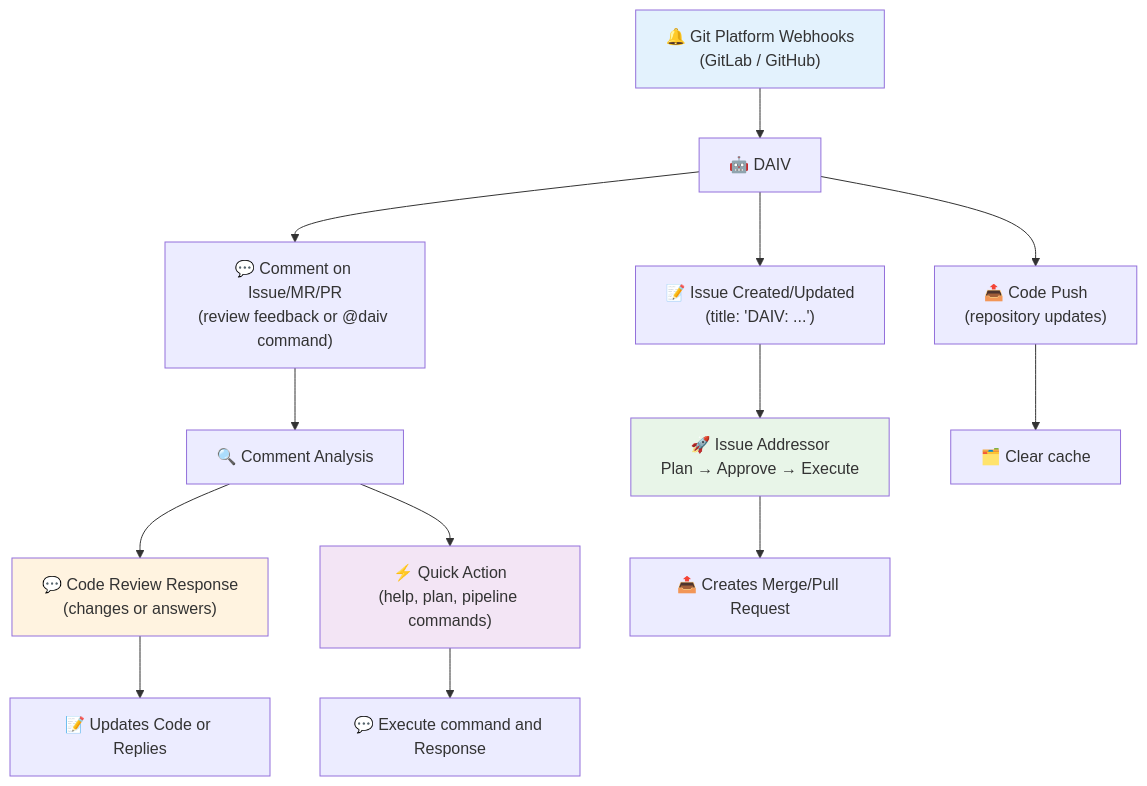
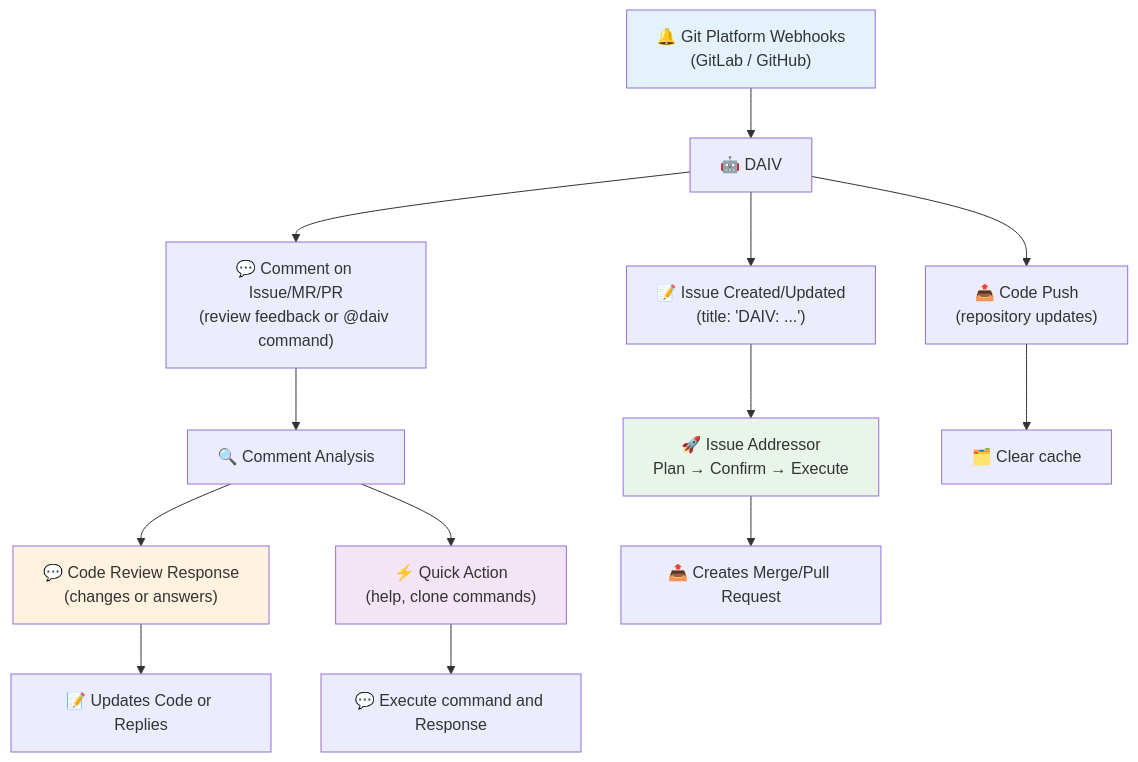
One commit to srtab/daiv changed the diagram in docs/index.md. Above: the diagram before and after it, drawn with Mermaid. The commit also changed other lines of this file and 6 other files, not shown here.

Commit message:
Removed quick actions plan in favor of new architecture.

````diff
--- a/docs/index.md
+++ b/docs/index.md
@@ -29,24 +29,24 @@
 ```mermaid
 graph TD
     A["🔔 Git Platform Webhooks<br/>(GitLab / GitHub)"] --> B["🤖 DAIV"]
 
     B --> C["📝 Issue Created/Updated<br/>(title: 'DAIV: ...')"]
     B --> D["💬 Comment on Issue/MR/PR<br/>(review feedback or @daiv command)"]
     B --> F["📤 Code Push<br/>(repository updates)"]
 
-    C --> G["🚀 Issue Addressor<br/>Plan → Approve → Execute"]
+    C --> G["🚀 Issue Addressor<br/>Plan → Confirm → Execute"]
     D --> H["🔍 Comment Analysis"]
     F --> J["🗂️ Clear cache"]
 
     H --> K["💬 Code Review Response<br/>(changes or answers)"]
-    H --> L["⚡ Quick Action<br/>(help, plan, pipeline commands)"]
+    H --> L["⚡ Quick Action<br/>(help, clone commands)"]
 
     G --> M["📤 Creates Merge/Pull Request"]
     K --> N["📝 Updates Code or Replies"]
     L --> P["💬 Execute command and Response"]
 
     style A fill:#e3f2fd
     style G fill:#e8f5e8
     style K fill:#fff3e0
     style L fill:#f3e5f5
 ```
````
